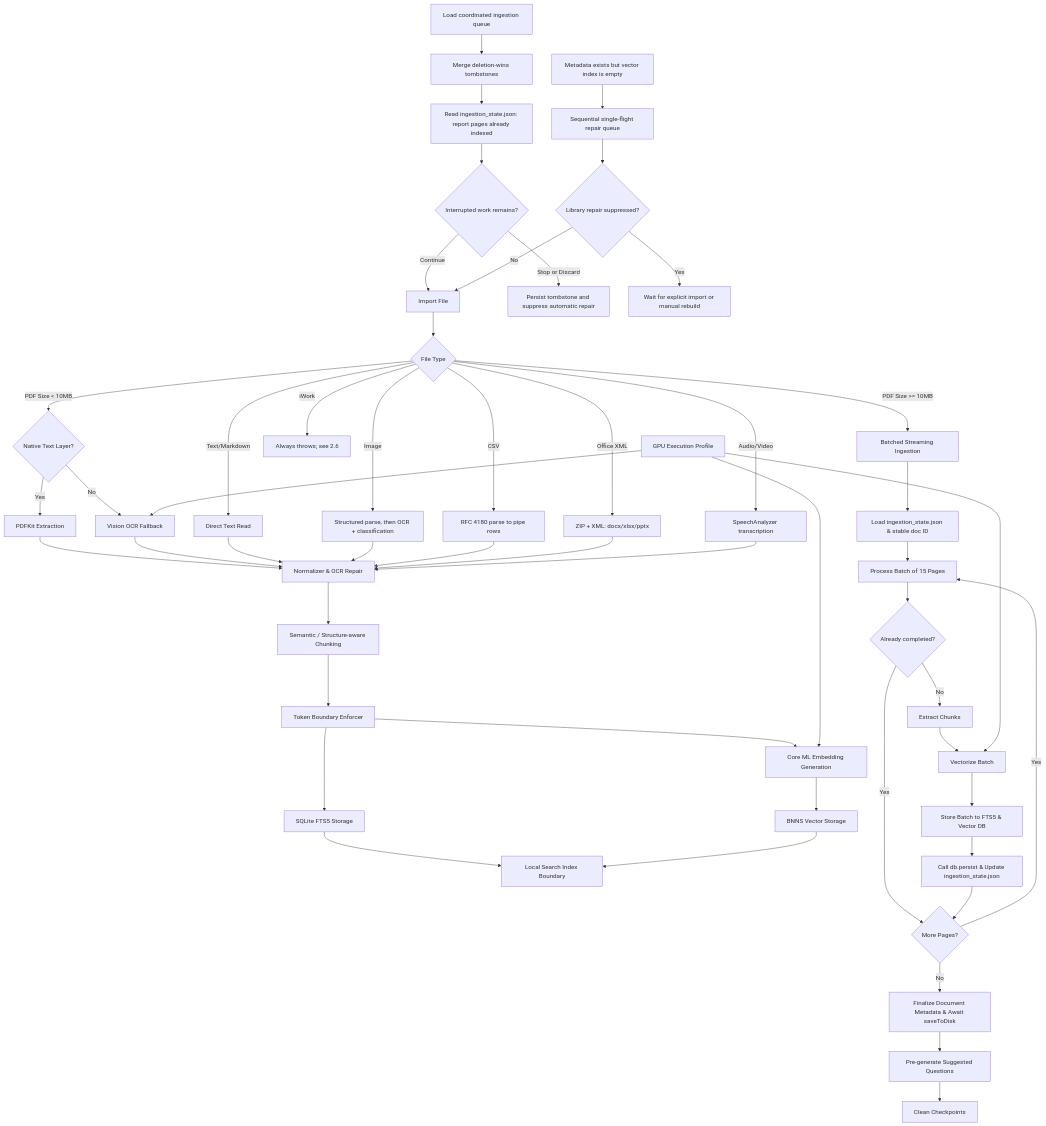
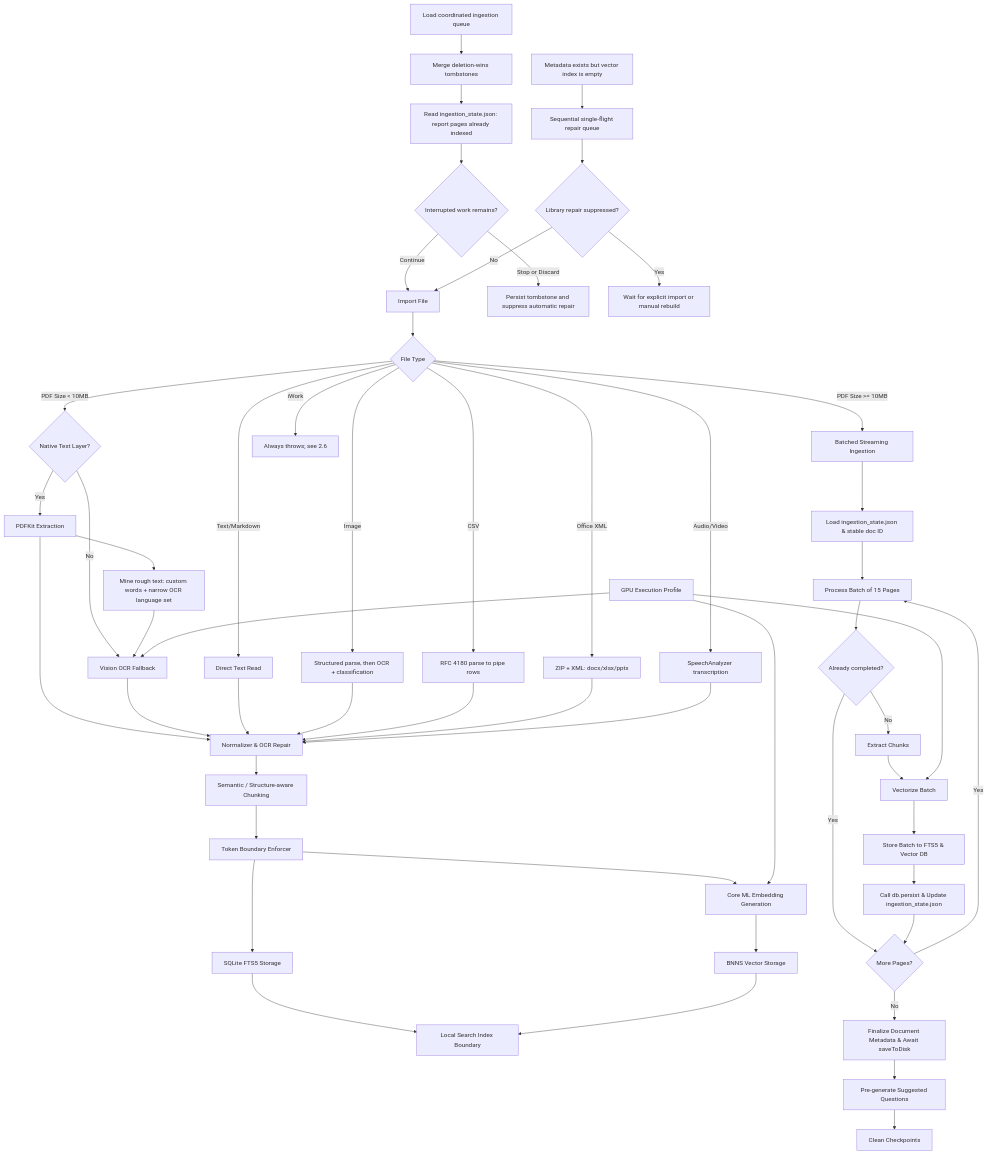
One commit to Gunnarguy/OpenIntelligence changed the diagram in Docs/INGESTION_PIPELINE.md. Above: the diagram before and after it, drawn with Mermaid. The commit also changed other lines of this file and 6 other files, not shown here.

````diff
--- a/Docs/INGESTION_PIPELINE.md
+++ b/Docs/INGESTION_PIPELINE.md
@@ -15,54 +15,56 @@
 ```mermaid
 flowchart TD
     QLOAD[Load coordinated ingestion queue] --> QMERGE[Merge deletion-wins tombstones]
     QMERGE --> QRESTORE[Read ingestion_state.json: report pages already indexed]
     QRESTORE --> QDECIDE{Interrupted work remains?}
     QDECIDE -- Continue --> A
     QDECIDE -- Stop or Discard --> QTOMB[Persist tombstone and suppress automatic repair]
     EMPTY[Metadata exists but vector index is empty] --> SINGLE[Sequential single-flight repair queue]
     SINGLE --> SUPPRESSED{Library repair suppressed?}
     SUPPRESSED -- Yes --> WAIT[Wait for explicit import or manual rebuild]
     SUPPRESSED -- No --> A
     A[Import File] --> B{File Type}
     B -- PDF Size < 10MB --> C{Native Text Layer?}
     B -- PDF Size >= 10MB --> STREAM[Batched Streaming Ingestion]
     C -- Yes --> D[PDFKit Extraction]
     C -- No --> E[Vision OCR Fallback]
+    D --> PRIME[Mine rough text: custom words + narrow OCR language set]
+    PRIME --> E
     B -- Text/Markdown --> F[Direct Text Read]
     B -- Image --> IMG[Structured parse, then OCR + classification]
     B -- CSV --> CSVL[RFC 4180 parse to pipe rows]
     B -- Office XML --> OFF[ZIP + XML: docx/xlsx/pptx]
     B -- iWork --> IWORK[Always throws; see 2.6]
     B -- Audio/Video --> AV[SpeechAnalyzer transcription]
     D --> G[Normalizer & OCR Repair]
     E --> G
     F --> G
     IMG --> G
     CSVL --> G
     OFF --> G
     AV --> G
     G --> H[Semantic / Structure-aware Chunking]
     H --> I[Token Boundary Enforcer]
     I --> J[SQLite FTS5 Storage]
     I --> K[Core ML Embedding Generation]
     PROFILE[GPU Execution Profile] --> E
     PROFILE --> K
     K --> L[BNNS Vector Storage]
     J --> LOCAL[Local Search Index Boundary]
     L --> LOCAL
     
     STREAM --> STATE[Load ingestion_state.json & stable doc ID]
     STATE --> S1[Process Batch of 15 Pages]
     S1 --> SKIP{Already completed?}
     SKIP -- Yes --> NEXT_BATCH{More Pages?}
     SKIP -- No --> S2[Extract Chunks]
     S2 --> S3[Vectorize Batch]
     PROFILE --> S3
     S3 --> S4[Store Batch to FTS5 & Vector DB]
     S4 --> S5[Call db.persist & Update ingestion_state.json]
     S5 --> NEXT_BATCH
     NEXT_BATCH -- Yes --> S1
     NEXT_BATCH -- No --> S6[Finalize Document Metadata & Await saveToDisk]
     S6 --> S7[Pre-generate Suggested Questions]
     S7 --> S8[Clean Checkpoints]
 ```
````
